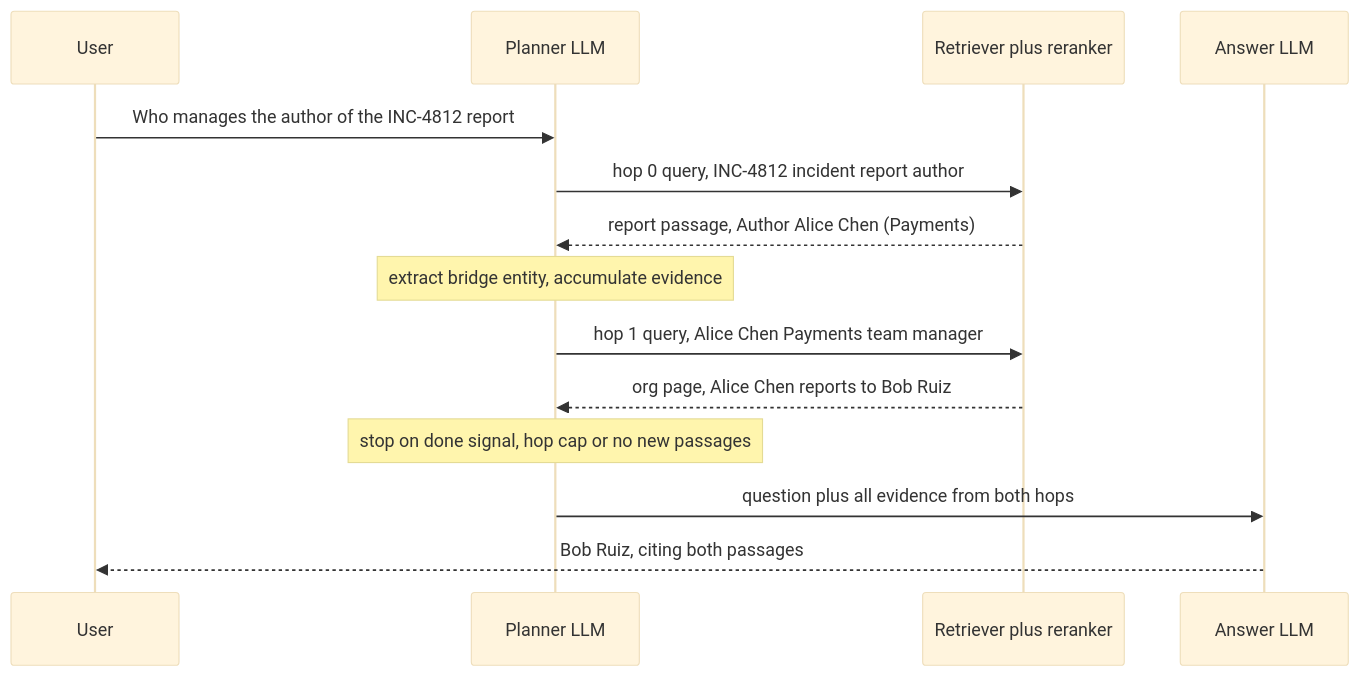
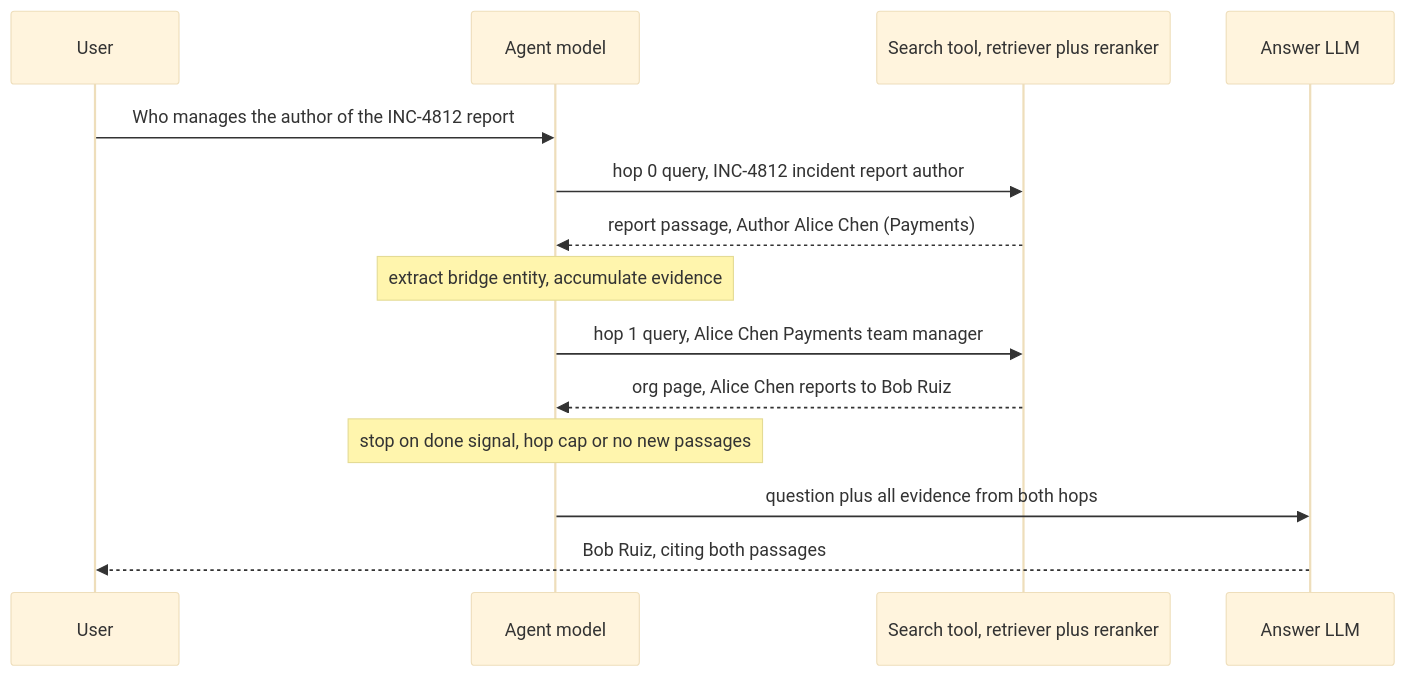
Before and after one commit to lovishmahajan97/agentic-learning: the diagram in content/rag-retrieval/multi-hop-retrieval.md, drawn with Mermaid (base theme). The commit also changed other lines of this file and 266 other files, not shown here.

````diff
--- a/content/rag-retrieval/multi-hop-retrieval.md
+++ b/content/rag-retrieval/multi-hop-retrieval.md
@@ -125,16 +153,16 @@
 ```mermaid
 sequenceDiagram
     participant U as User
-    participant P as Planner LLM
-    participant R as Retriever plus reranker
+    participant P as Agent model
+    participant R as Search tool, retriever plus reranker
     participant A as Answer LLM
     U->>P: Who manages the author of the INC-4812 report
     P->>R: hop 0 query, INC-4812 incident report author
     R-->>P: report passage, Author Alice Chen (Payments)
     Note over P: extract bridge entity, accumulate evidence
     P->>R: hop 1 query, Alice Chen Payments team manager
     R-->>P: org page, Alice Chen reports to Bob Ruiz
     Note over P: stop on done signal, hop cap or no new passages
     P->>A: question plus all evidence from both hops
     A-->>U: Bob Ruiz, citing both passages
 ```
````
